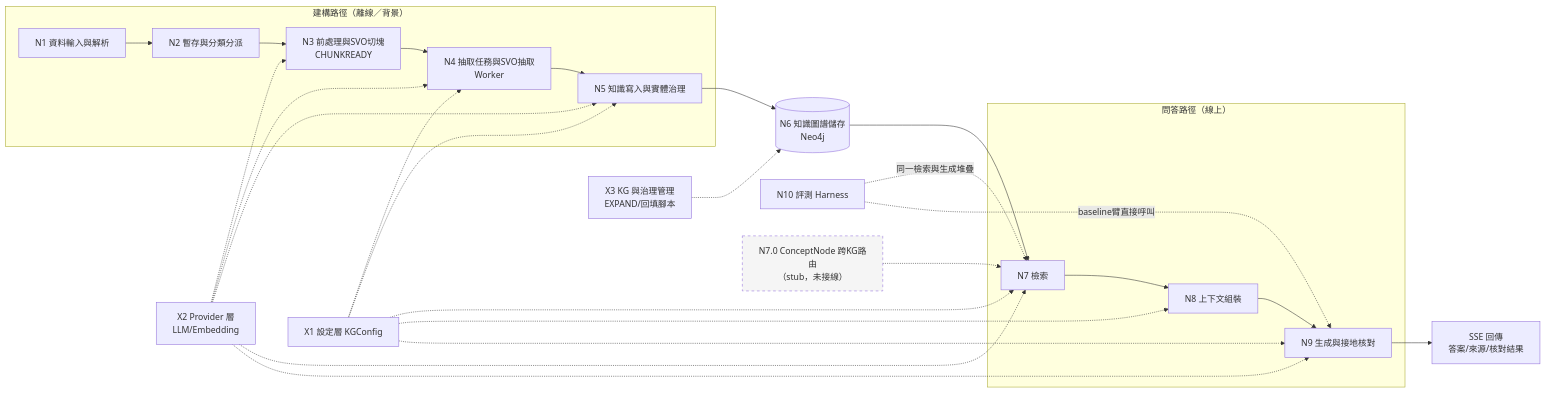
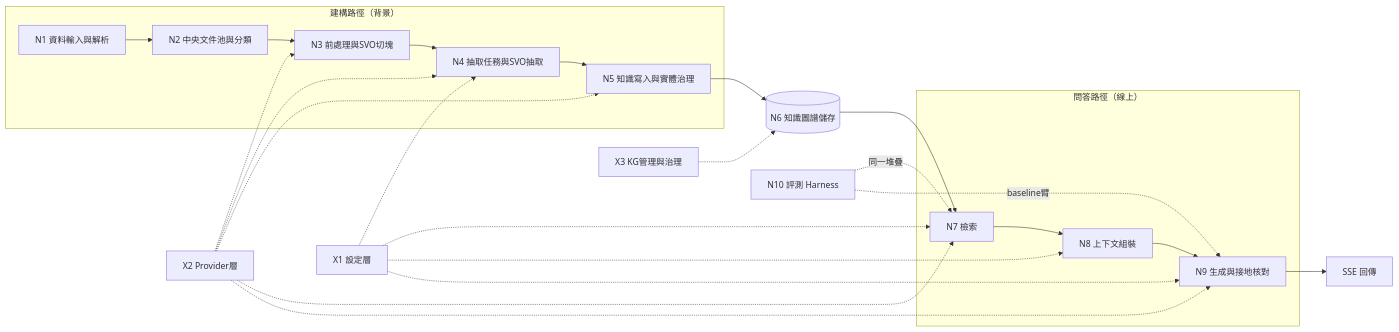
The first of 13 diagrams in docs/報告/95_專案節點流程總覽與設計說明.md (Chester930/world-knowledge-graph-rag), drawn with Mermaid before and after one commit. The commit also changed other lines of this file and 1 other file, not shown here.

````diff
--- a/docs/報告/95_專案節點流程總覽與設計說明.md
+++ b/docs/報告/95_專案節點流程總覽與設計說明.md
@@ -83,30 +89,20 @@
 ```mermaid
 flowchart LR
-    subgraph BUILD["建構路徑（離線／背景）"]
-        N1["N1 資料輸入與解析"] --> N2["N2 暫存與分類分派"]
-        N2 --> N3["N3 前處理與SVO切塊<br/>CHUNKREADY"]
-        N3 --> N4["N4 抽取任務與SVO抽取<br/>Worker"]
+    subgraph BUILD["建構路徑（背景）"]
+        N1["N1 資料輸入與解析"] --> N2["N2 中央文件池與分類"]
+        N2 --> N3["N3 前處理與SVO切塊"]
+        N3 --> N4["N4 抽取任務與SVO抽取"]
         N4 --> N5["N5 知識寫入與實體治理"]
     end
-
-    N5 --> N6[("N6 知識圖譜儲存<br/>Neo4j")]
-
+    N5 --> N6[("N6 知識圖譜儲存")]
     subgraph QUERY["問答路徑（線上）"]
-        N7["N7 檢索"] --> N8["N8 上下文組裝"]
-        N8 --> N9["N9 生成與接地核對"]
+        N7["N7 檢索"] --> N8["N8 上下文組裝"] --> N9["N9 生成與接地核對"]
     end
-
     N6 --> N7
-    N9 --> OUT["SSE 回傳<br/>答案/來源/核對結果"]
-
-    N10["N10 評測 Harness"] -. "同一檢索與生成堆疊" .-> N7
-    N10 -. "baseline臂直接呼叫" .-> N9
-
-    X1["X1 設定層 KGConfig"] -.-> N4 & N5 & N7 & N8 & N9
-    X2["X2 Provider 層<br/>LLM/Embedding"] -.-> N3 & N4 & N5 & N7 & N9
-    X3["X3 KG 與治理管理<br/>EXPAND/回填腳本"] -.-> N6
-
-    R["N7.0 ConceptNode 跨KG路由<br/>（stub，未接線）"]:::stub -.-> N7
-
-    classDef stub stroke-dasharray: 5 5,fill:#f5f5f5
+    N9 --> OUT["SSE 回傳"]
+    N10["N10 評測 Harness"] -. "同一堆疊" .-> N7
+    N10 -. "baseline臂" .-> N9
+    X1["X1 設定層"] -.-> N4 & N7 & N8 & N9
+    X2["X2 Provider層"] -.-> N3 & N4 & N5 & N7 & N9
+    X3["X3 KG管理與治理"] -.-> N6
 ```
````
